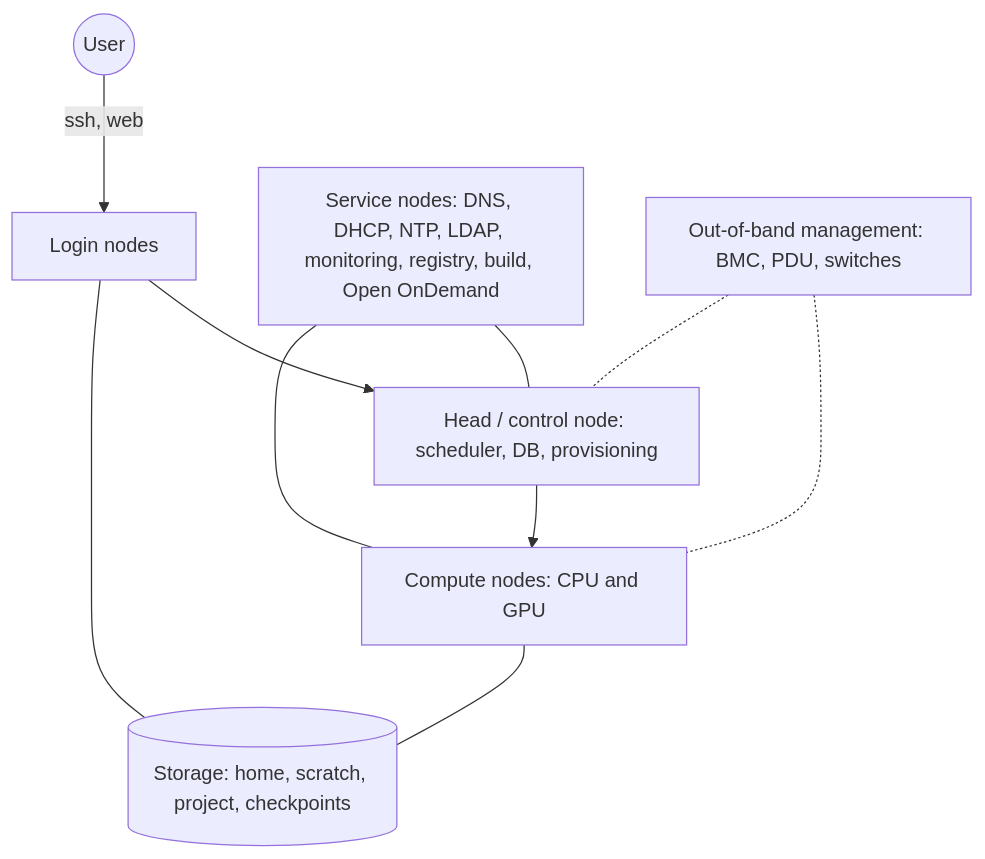
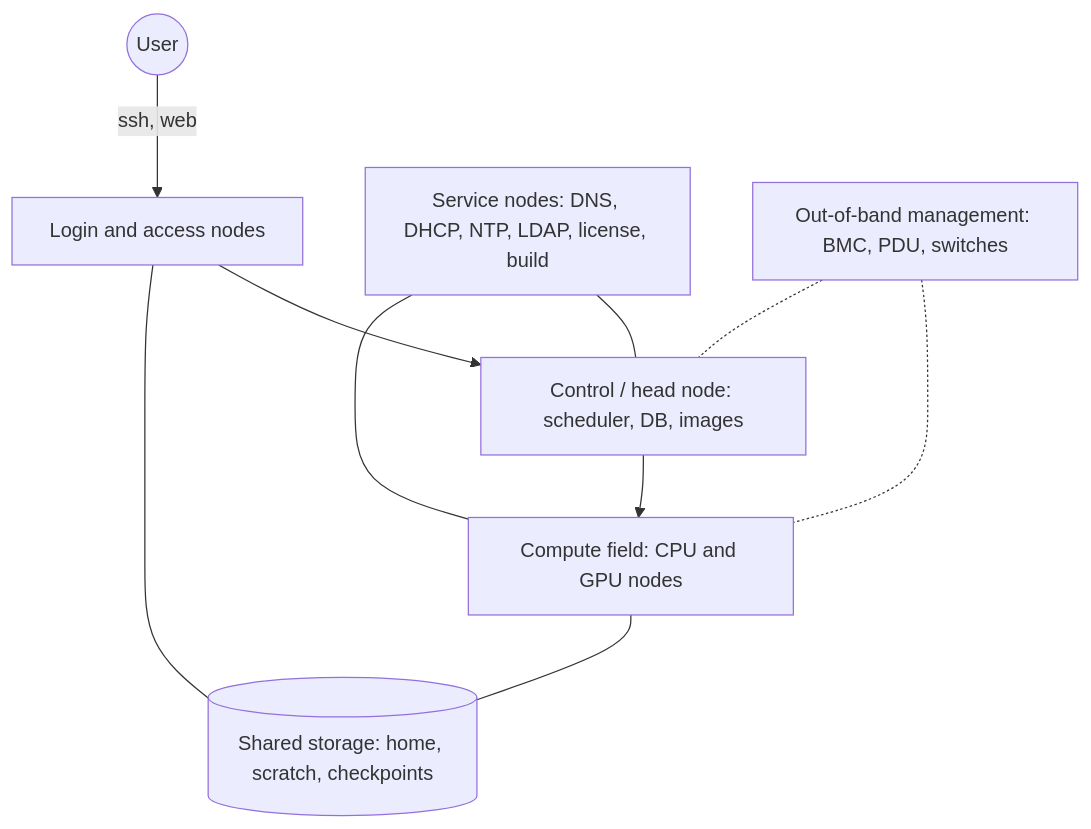
Before and after one commit to jithinpnjm/ai-infra-handbook: the diagram in docs/part-06-hpc-slurm/02-cluster-anatomy-head-login-compute-storage-and-management-nodes.md, drawn with Mermaid. The commit also changed other lines of this file and 7 other files, not shown here.

Commit message:
Chapter 6.2: Cluster anatomy: head, login, compute, storage and management nodes

````diff
--- a/docs/part-06-hpc-slurm/02-cluster-anatomy-head-login-compute-storage-and-management-nodes.md
+++ b/docs/part-06-hpc-slurm/02-cluster-anatomy-head-login-compute-storage-and-management-nodes.md
@@ -50,12 +60,12 @@
 ```mermaid
 flowchart TB
-  User((User)) -- ssh, web --> Login[Login nodes]
-  Login --> Sched[Head / control node: scheduler, DB, provisioning]
-  Sched --> Compute[Compute nodes: CPU and GPU]
-  Compute --- Store[(Storage: home, scratch, project, checkpoints)]
+  User((User)) -- ssh, web --> Login[Login and access nodes]
+  Login --> Sched[Control / head node: scheduler, DB, images]
+  Sched --> Compute[Compute field: CPU and GPU nodes]
+  Compute --- Store[(Shared storage: home, scratch, checkpoints)]
   Login --- Store
-  Svc[Service nodes: DNS, DHCP, NTP, LDAP, monitoring, registry, build, Open OnDemand] --- Sched
+  Svc[Service nodes: DNS, DHCP, NTP, LDAP, license, build] --- Sched
   Svc --- Compute
   BMC[Out-of-band management: BMC, PDU, switches] -.- Compute
   BMC -.- Sched
 ```
````
